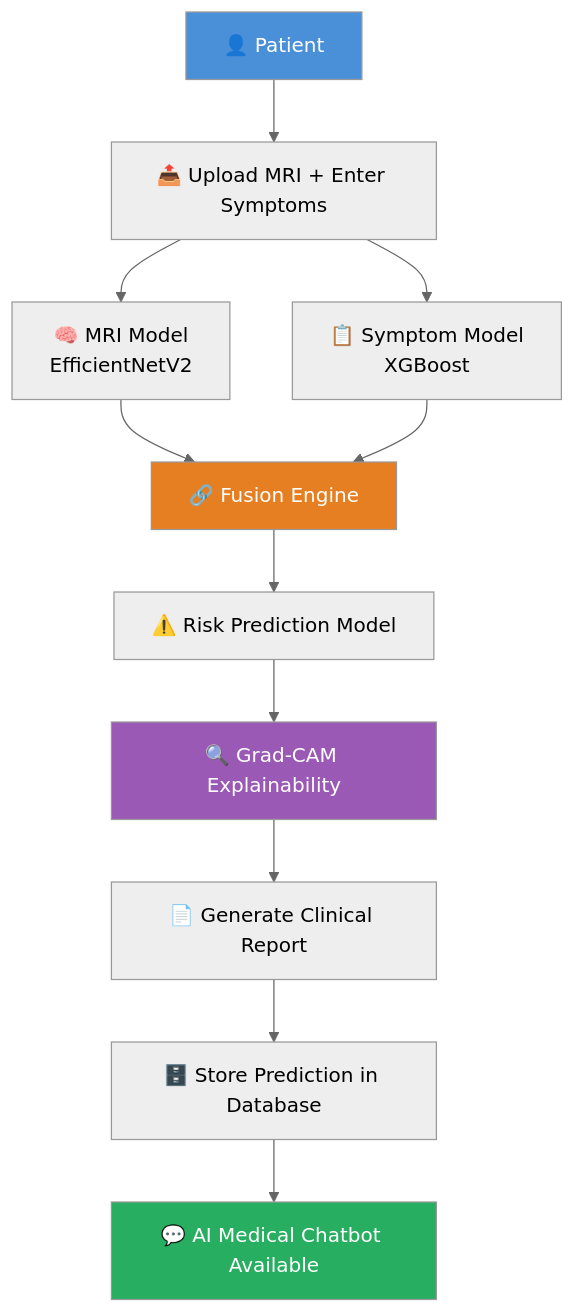
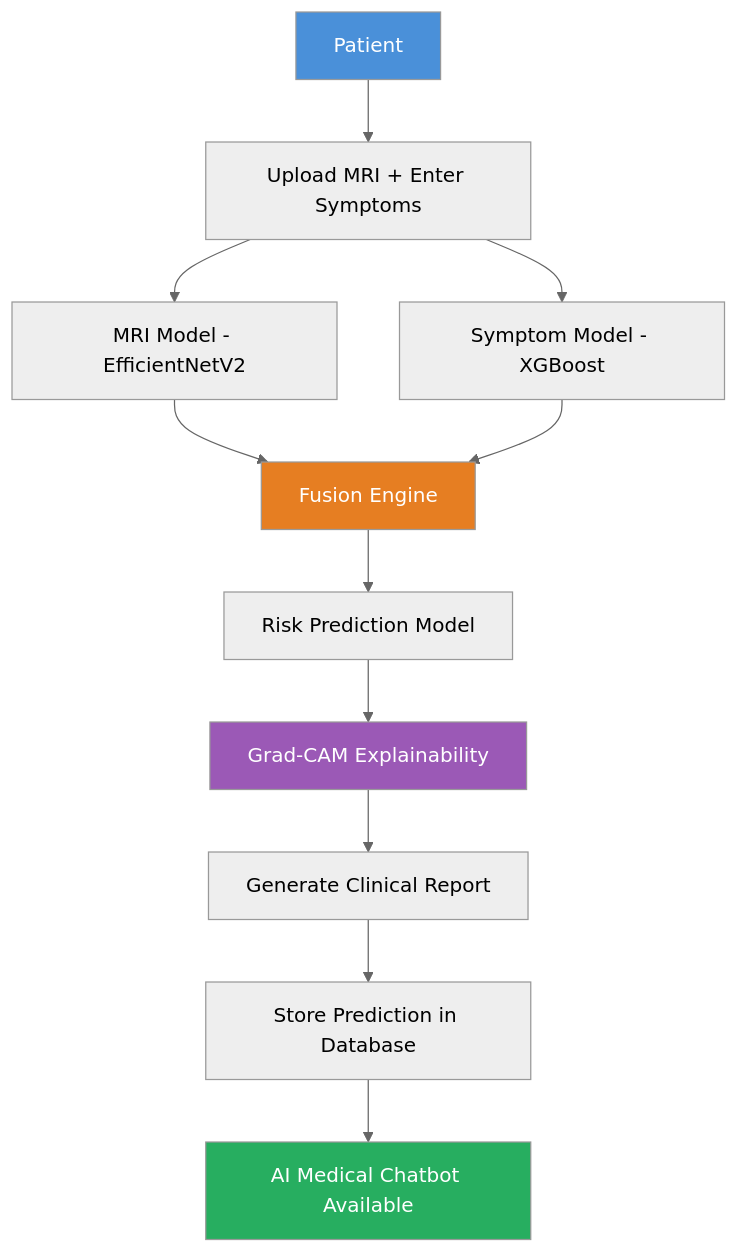
The first of 2 diagrams in README.md (anurudhk499/UteroCare), drawn with Mermaid (neutral theme) before and after one commit. The commit also changed other lines of this file, not shown here.

````diff
--- a/README.md
+++ b/README.md
@@ -217,18 +214,18 @@
 ```mermaid
 flowchart TD
-    A[👤 Patient] --> B[📤 Upload MRI + Enter Symptoms]
-    B --> C[🧠 MRI Model<br/>EfficientNetV2]
-    B --> D[📋 Symptom Model<br/>XGBoost]
-    C --> E[🔗 Fusion Engine]
+    A[Patient] --> B[Upload MRI + Enter Symptoms]
+    B --> C[MRI Model - EfficientNetV2]
+    B --> D[Symptom Model - XGBoost]
+    C --> E[Fusion Engine]
     D --> E
-    E --> F[⚠️ Risk Prediction Model]
-    F --> G[🔍 Grad-CAM Explainability]
-    G --> H[📄 Generate Clinical Report]
-    H --> I[🗄️ Store Prediction in Database]
-    I --> J[💬 AI Medical Chatbot Available]
+    E --> F[Risk Prediction Model]
+    F --> G[Grad-CAM Explainability]
+    G --> H[Generate Clinical Report]
+    H --> I[Store Prediction in Database]
+    I --> J[AI Medical Chatbot Available]
 
     style A fill:#4a90d9,color:#fff
     style E fill:#e67e22,color:#fff
     style G fill:#9b59b6,color:#fff
     style J fill:#27ae60,color:#fff
 ```
````
